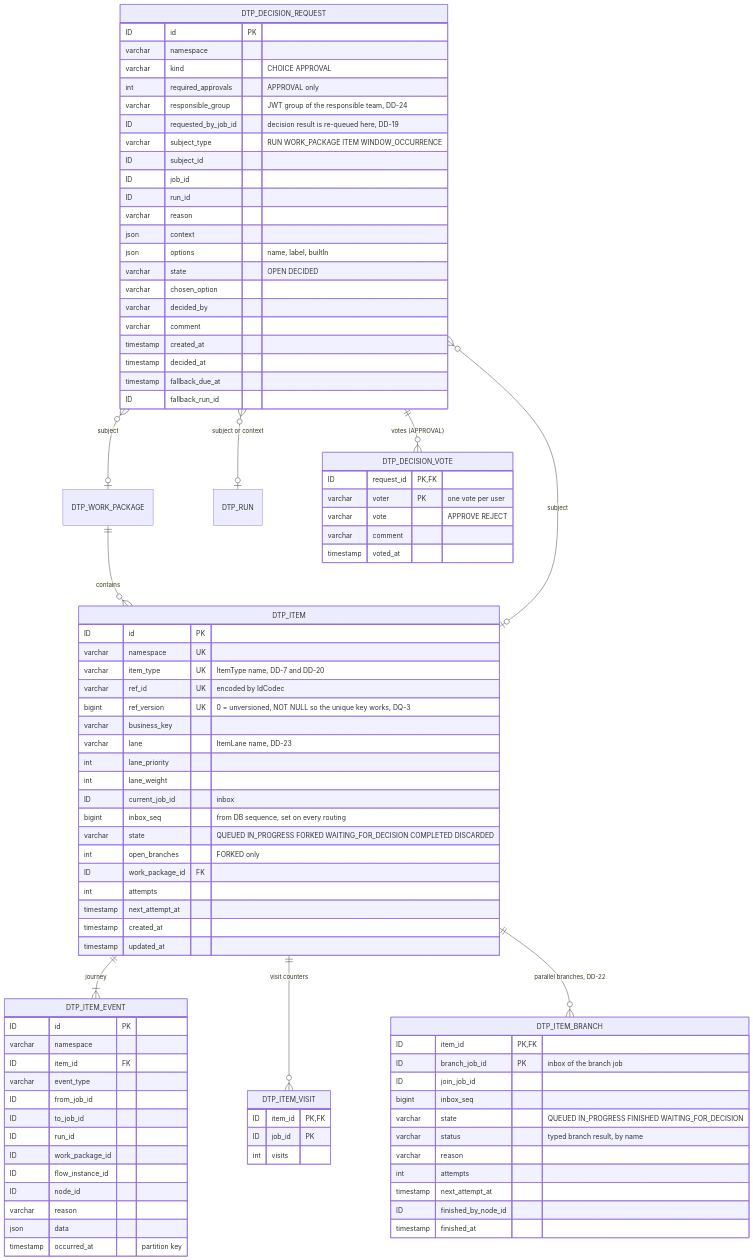
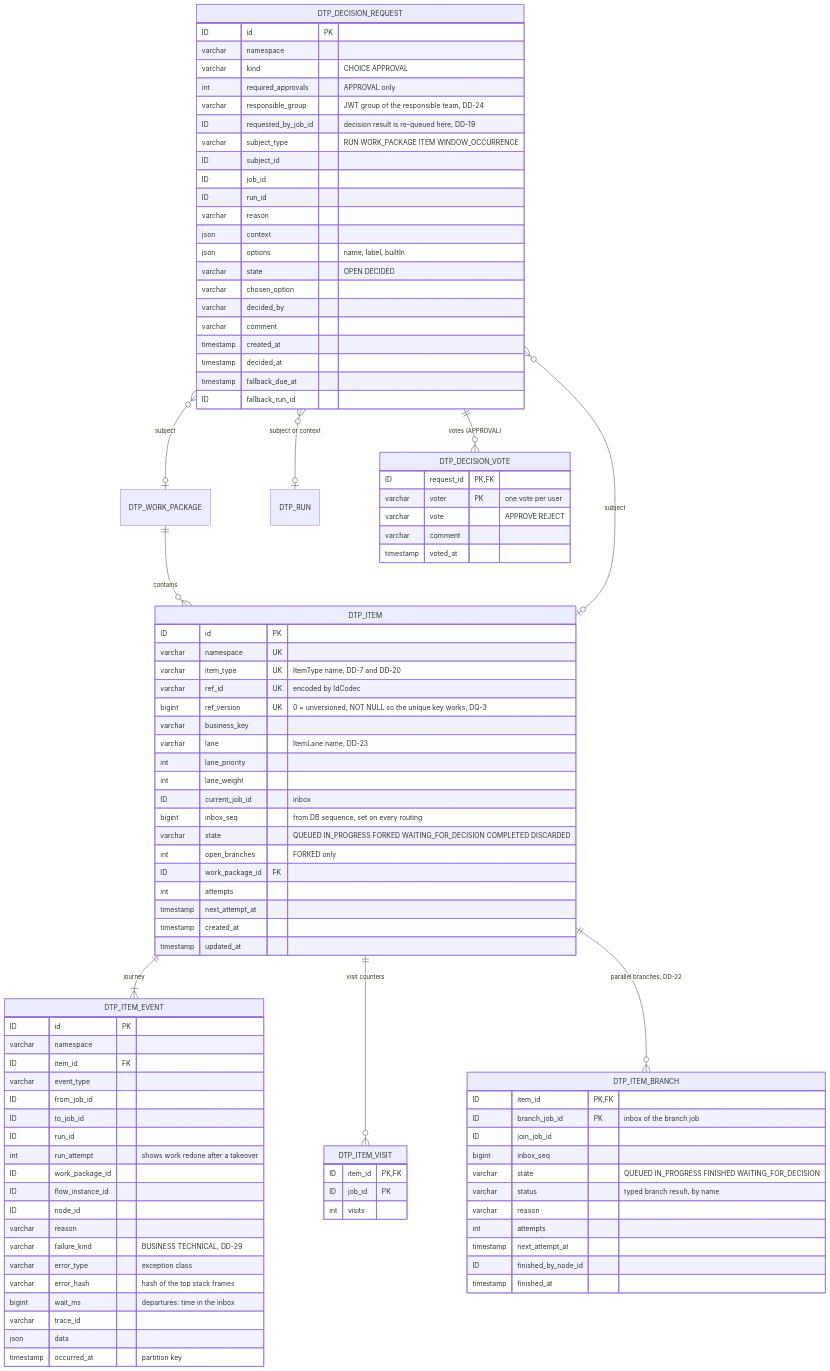
Before and after one commit to os890/poc-distributed-task-processing: the third of 3 diagrams in docs/design/03-persistence.md, drawn with Mermaid. The commit also changed other lines of this file and 9 other files, not shown here.

First line of the commit message:
Add monitoring design, failure kinds and journey diagrams

```diff
--- a/docs/design/03-persistence.md
+++ b/docs/design/03-persistence.md
@@ -308,10 +311,16 @@
         ID from_job_id
         ID to_job_id
         ID run_id
+        int run_attempt "shows work redone after a takeover"
         ID work_package_id
         ID flow_instance_id
         ID node_id
         varchar reason
+        varchar failure_kind "BUSINESS TECHNICAL, DD-29"
+        varchar error_type "exception class"
+        varchar error_hash "hash of the top stack frames"
+        bigint wait_ms "departures: time in the inbox"
+        varchar trace_id
         json data
         timestamp occurred_at "partition key"
     }
```
